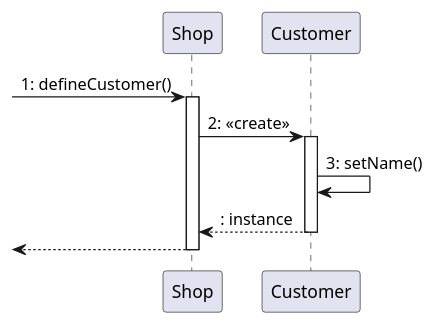
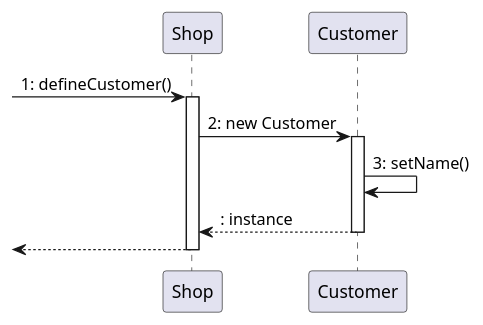
Before and after one commit to MatteoBattilana/EzShop: the ninth of 13 diagrams in Deliverables/DesignDocument.md, drawn with PlantUML. The commit also changed other lines of this file, not shown here.

Commit message:
docs: changed <<create>> to new

````diff
--- a/Deliverables/DesignDocument.md
+++ b/Deliverables/DesignDocument.md
@@ -414,11 +414,11 @@
 ```plantuml
 @startuml
 ->Shop: 1: defineCustomer()
 activate Shop
-    Shop -> Customer: 2: <<create>>
+    Shop -> Customer: 2: new Customer
     activate Customer
       Customer -> Customer: 3: setName()
     return: instance
 return
 @enduml
 ```
````
